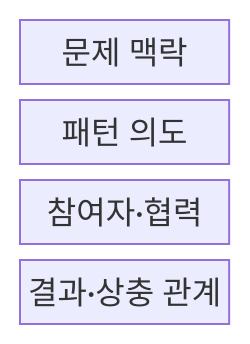
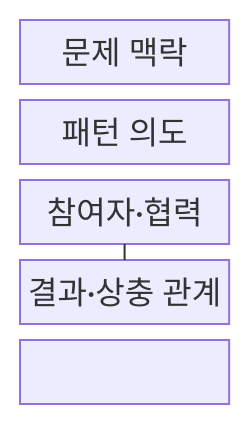
One commit to agnusdei1207/knowledge-base changed the first of 2 diagrams in src/content/docs/notes/03-software/047_design_patterns_gof.md. Above: the diagram before and after it, drawn with Mermaid. The commit also changed other lines of this file and 238 other files, not shown here.

````diff
--- a/src/content/docs/notes/03-software/047_design_patterns_gof.md
+++ b/src/content/docs/notes/03-software/047_design_patterns_gof.md
@@ -60,8 +60,10 @@
 ```mermaid
-block
+block-beta
   columns 1
   P["문제 맥락"]
   I["패턴 의도"]
   R["참여자·협력"]
   T["결과·상충 관계"]
+  P --- I --- R
+  R --- T
 ```
````
